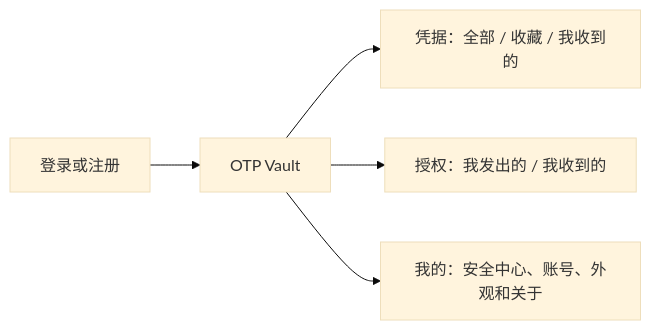
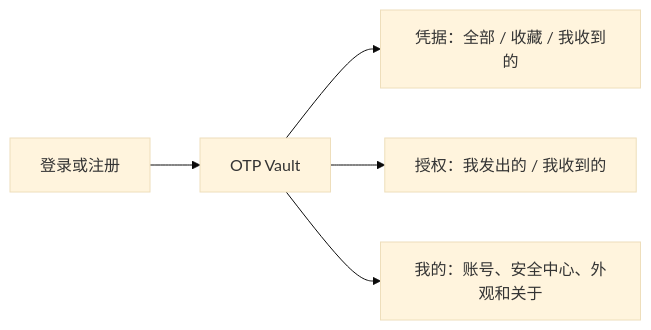
One commit to serein-morii/xb-h5 changed the first of 4 diagrams in docs/otp-vault-user-guide.md. Above: the diagram before and after it, drawn with Mermaid (base theme). The commit also changed other lines of this file and 5 other files, not shown here.

````diff
--- a/docs/otp-vault-user-guide.md
+++ b/docs/otp-vault-user-guide.md
@@ -11,7 +11,7 @@
 ```mermaid
 flowchart LR
     Login["登录或注册"] --> Vault["OTP Vault"]
     Vault --> All["凭据：全部 / 收藏 / 我收到的"]
     Vault --> Share["授权：我发出的 / 我收到的"]
-    Vault --> Settings["我的：安全中心、账号、外观和关于"]
+    Vault --> Settings["我的：账号、安全中心、外观和关于"]
 ```
````
